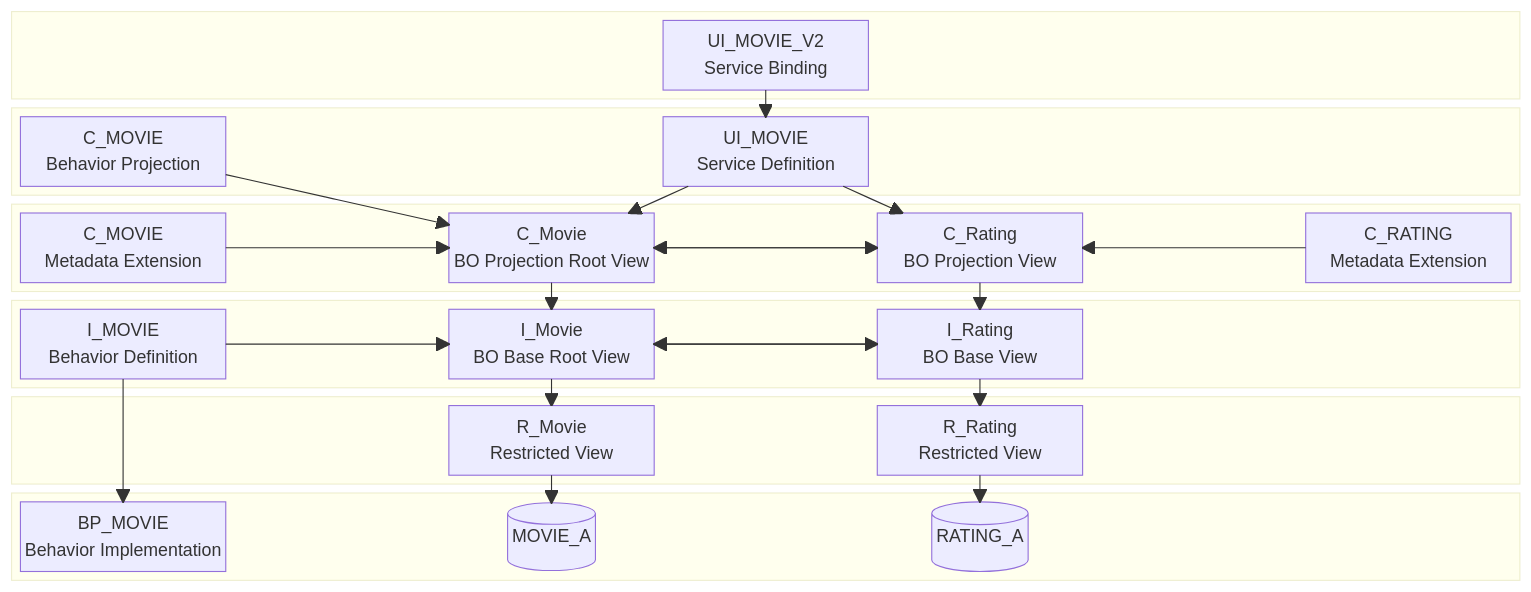
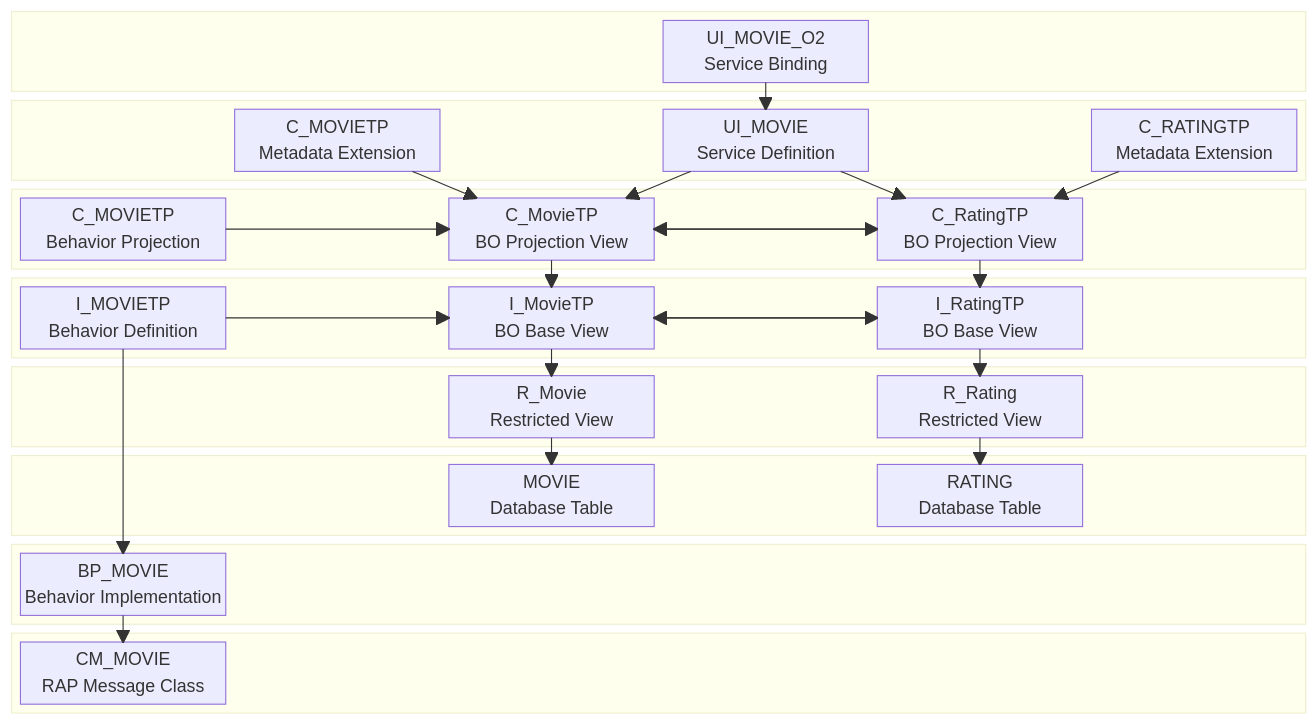
One commit to appenmaier/abap_movie changed the second of 3 diagrams in README.md. Above: the diagram before and after it, drawn with Mermaid. The commit also changed other lines of this file, not shown here.

````diff
--- a/README.md
+++ b/README.md
@@ -44,46 +44,42 @@
       space
       space
       space
-      UI_MOVIE_V2["UI_MOVIE_V2
+      UI_MOVIE_O2["UI_MOVIE_O2
                    Service Binding"]
-      space
       space
       space
    end
    block
-      C_MOVIE["C_MOVIE
-               Behavior Projection"]
       space
+      C_MOVIETP2["C_MOVIETP
+                  Metadata Extension"]
       space
       UI_MOVIE["UI_MOVIE
                 Service Definition"]
       space
+      C_RATINGTP["C_RATINGTP
+                  Metadata Extension"]
+   end
+   block     
+      C_MOVIETP["C_MOVIETP
+                 Behavior Projection"]
       space
+      C_MovieTP["C_MovieTP
+                 BO Projection View"]
+      space
+      C_RatingTP["C_RatingTP
+                  BO Projection View"]
       space
    end
-   block     
-      C_MOVIE2["C_MOVIE
-                Metadata Extension"]
+   block
+      I_MOVIETP["I_MOVIETP
+                 Behavior Definition"]
       space
-      C_Movie["C_Movie
-               BO Projection Root View"]
+      I_MovieTP["I_MovieTP
+                 BO Base View"]
       space
-      C_Rating["C_Rating
-                BO Projection View"]
-      space
-      C_RATING["C_RATING
-                Metadata Extension"]
-   end
-   block
-      I_MOVIE["I_MOVIE
-               Behavior Definition"]
-      space
-      I_Movie["I_Movie
-               BO Base Root View"]
-      space
-      I_Rating["I_Rating
-                BO Base View"]
-      space
+      I_RatingTP["I_RatingTP
+                  BO Base View"]
       space
    end
    block
@@ -95,35 +91,53 @@
       R_Rating["R_Rating
                 Restricted View"]
       space
+   end
+   block
+      space
+      space      
+      MOVIE["MOVIE
+             Database Table"]
+      space
+      RATING["RATING
+              Database Table"]
       space
    end
    block
       BP_MOVIE["BP_MOVIE
                 Behavior Implementation"]
       space
-      MOVIE_A[("MOVIE_A")]
       space
-      RATING_A[("RATING_A")]
+      space
+      space
+      space
+   end
+   block
+      CM_MOVIE["CM_MOVIE
+                RAP Message Class"]
+      space
+      space
+      space
       space
       space
    end
 
-   UI_MOVIE_V2-->UI_MOVIE
-   UI_MOVIE-->C_Movie
-   UI_MOVIE-->C_Rating
-   C_Movie-->I_Movie
-   C_MOVIE-->C_Movie
-   C_MOVIE2-->C_Movie
-   C_RATING-->C_Rating
-   C_Rating-->I_Rating
-   C_Movie-->C_Rating
-   C_Rating-->C_Movie
-   I_Movie-->R_Movie
-   I_MOVIE-->I_Movie
-   I_MOVIE-->BP_MOVIE
-   I_Movie-->I_Rating
-   I_Rating-->I_Movie
-   I_Rating-->R_Rating
-   R_Movie-->MOVIE_A
-   R_Rating-->RATING_A
+   UI_MOVIE_O2-->UI_MOVIE
+   UI_MOVIE-->C_MovieTP
+   UI_MOVIE-->C_RatingTP
+   C_MovieTP-->I_MovieTP
+   C_MOVIETP-->C_MovieTP
+   C_MOVIETP2-->C_MovieTP
+   C_RATINGTP-->C_RatingTP
+   C_RatingTP-->I_RatingTP
+   C_MovieTP-->C_RatingTP
+   C_RatingTP-->C_MovieTP
+   I_MovieTP-->R_Movie
+   I_MOVIETP-->I_MovieTP
+   I_MOVIETP-->BP_MOVIE
+   BP_MOVIE-->CM_MOVIE
+   I_MovieTP-->I_RatingTP
+   I_RatingTP-->I_MovieTP
+   I_RatingTP-->R_Rating
+   R_Movie-->MOVIE
+   R_Rating-->RATING
 ```
````
